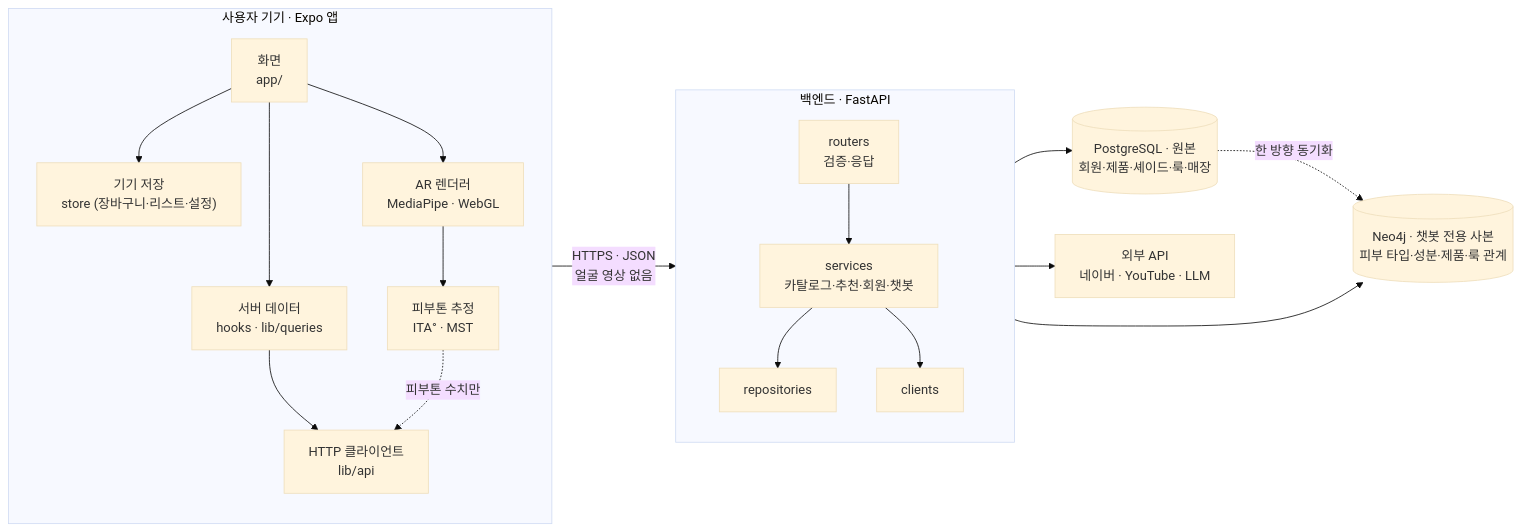
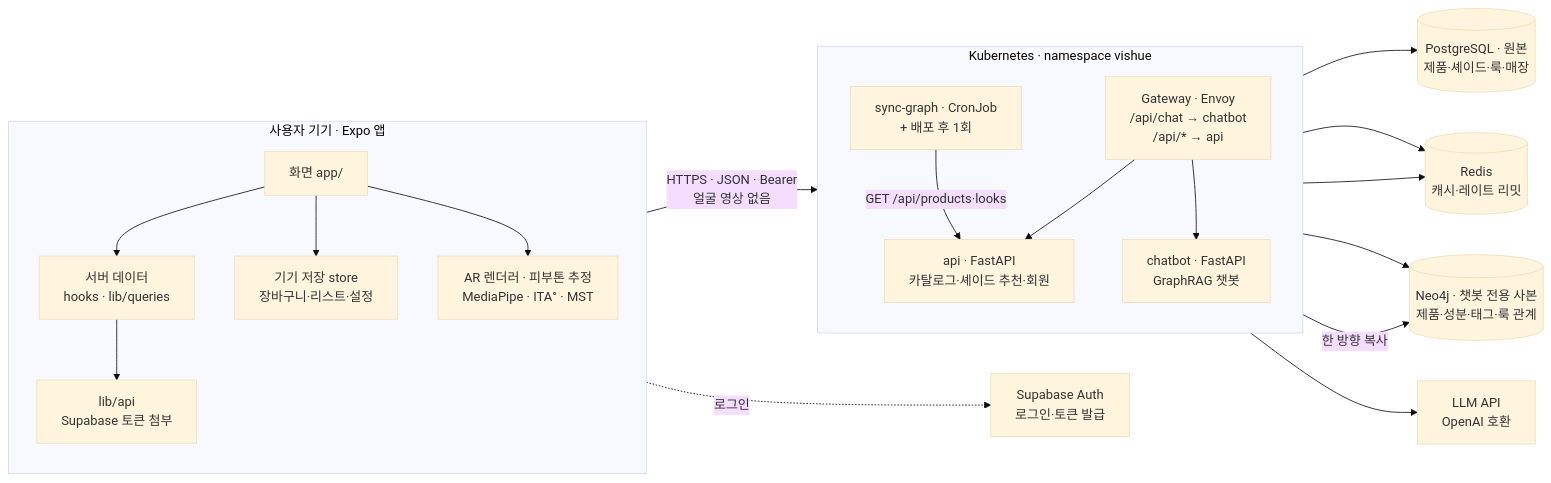
One commit to gyuniverse-hq/SKN34-Final-Project changed the diagram in docs/ARCHITECTURE.md. Above: the diagram before and after it, drawn with Mermaid (base theme). The commit also changed other lines of this file and 11 other files, not shown here.

````diff
--- a/docs/ARCHITECTURE.md
+++ b/docs/ARCHITECTURE.md
@@ -7,39 +7,41 @@
 ```mermaid
 flowchart LR
   subgraph Device["사용자 기기 · Expo 앱"]
     direction TB
-    UI["화면<br/>app/"]
+    UI["화면 app/"]
     Data["서버 데이터<br/>hooks · lib/queries"]
-    Local["기기 저장<br/>store (장바구니·리스트·설정)"]
-    AR["AR 렌더러<br/>MediaPipe · WebGL"]
-    Skin["피부톤 추정<br/>ITA° · MST"]
-    Http["HTTP 클라이언트<br/>lib/api"]
-    UI --> Data
+    Local["기기 저장 store<br/>장바구니·리스트·설정"]
+    AR["AR 렌더러 · 피부톤 추정<br/>MediaPipe · ITA° · MST"]
+    Http["lib/api<br/>Supabase 토큰 첨부"]
+    UI --> Data --> Http
     UI --> Local
     UI --> AR
-    AR --> Skin
-    Data --> Http
   end
 
-  subgraph Backend["백엔드 · FastAPI"]
+  Supa["Supabase Auth<br/>로그인·토큰 발급"]
+
+  subgraph Cluster["Kubernetes · namespace vishue"]
     direction TB
-    Routers["routers<br/>검증·응답"]
-    Services["services<br/>카탈로그·추천·회원·챗봇"]
-    Repos["repositories"]
-    Clients["clients"]
-    Routers --> Services
-    Services --> Repos
-    Services --> Clients
+    GW["Gateway · Envoy<br/>/api/chat → chatbot<br/>/api/* → api"]
+    API["api · FastAPI<br/>카탈로그·셰이드 추천·회원"]
+    BOT["chatbot · FastAPI<br/>GraphRAG 챗봇"]
+    SYNC["sync-graph · CronJob<br/>+ 배포 후 1회"]
+    GW --> API
+    GW --> BOT
+    SYNC -- "GET /api/products·looks" --> API
   end
 
-  PG[("PostgreSQL · 원본<br/>회원·제품·셰이드·룩·매장")]
-  Graph[("Neo4j · 챗봇 전용 사본<br/>피부 타입·성분·제품·룩 관계")]
-  Ext["외부 API<br/>네이버 · YouTube · LLM"]
+  PG[("PostgreSQL · 원본<br/>제품·셰이드·룩·매장")]
+  RD[("Redis<br/>캐시·레이트 리밋")]
+  NEO[("Neo4j · 챗봇 전용 사본<br/>제품·성분·태그·룩 관계")]
+  LLM["LLM API<br/>OpenAI 호환"]
 
-  Skin -. "피부톤 수치만" .-> Http
-  Http -- "HTTPS · JSON<br/>얼굴 영상 없음" --> Routers
-  Repos --> PG
-  Repos --> Graph
-  PG -. "한 방향 동기화" .-> Graph
-  Clients --> Ext
+  Http -- "HTTPS · JSON · Bearer<br/>얼굴 영상 없음" --> GW
+  Http -. 로그인 .-> Supa
+  API --> PG
+  API --> RD
+  BOT --> NEO
+  BOT --> RD
+  BOT --> LLM
+  SYNC -- "한 방향 복사" --> NEO
 ```
````
